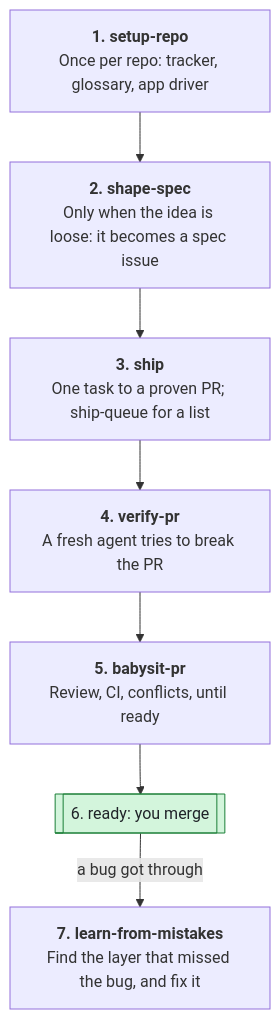
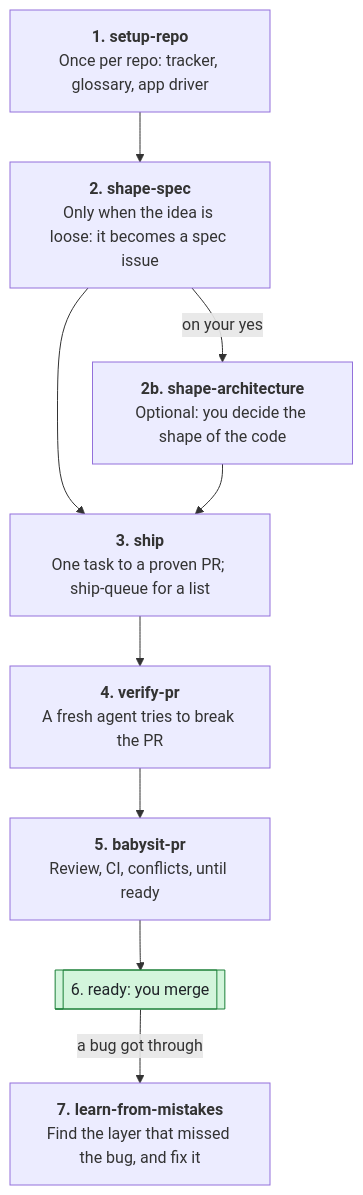
The first of 13 diagrams in skills/GRAPH.md (Ilian-Allaf/skillstack), drawn with Mermaid before and after one commit. The commit also changed other lines of this file and 38 other files, not shown here.

First line of the commit message:
Shape the architecture apart from the intent

````diff
--- a/skills/GRAPH.md
+++ b/skills/GRAPH.md
@@ -9,23 +9,26 @@
 ```mermaid
 flowchart TB
   setup["<b>1. setup-repo</b><br/>Once per repo: tracker, glossary, app driver"]
   shape["<b>2. shape-spec</b><br/>Only when the idea is loose: it becomes a spec issue"]
+  arch["<b>2b. shape-architecture</b><br/>Optional: you decide the shape of the code"]
   ship["<b>3. ship</b><br/>One task to a proven PR; ship-queue for a list"]
   verify["<b>4. verify-pr</b><br/>A fresh agent tries to break the PR"]
   babysit["<b>5. babysit-pr</b><br/>Review, CI, conflicts, until ready"]
   merge[["6. ready: you merge"]]
   learn["<b>7. learn-from-mistakes</b><br/>Find the layer that missed the bug, and fix it"]
 
   setup --> shape --> ship --> verify --> babysit --> merge
+  shape -->|on your yes| arch --> ship
   merge -->|a bug got through| learn
 
   classDef ready fill:#d3f5dc,stroke:#1a7f37,color:#1f2328
   class merge ready
 
   click setup href "https://github.com/Ilian-Allaf/skillstack/blob/master/skills/GRAPH.md#7-preparing-a-repo" _top
   click shape href "https://github.com/Ilian-Allaf/skillstack/blob/master/skills/GRAPH.md#8-shaping-a-spec" _top
+  click arch href "https://github.com/Ilian-Allaf/skillstack/blob/master/skills/GRAPH.md#8-shaping-a-spec" _top
   click ship href "https://github.com/Ilian-Allaf/skillstack/blob/master/skills/GRAPH.md#2-the-eight-steps" _top
   click verify href "https://github.com/Ilian-Allaf/skillstack/blob/master/skills/GRAPH.md#6-steps-7-and-8-verdict-and-babysitting" _top
   click babysit href "https://github.com/Ilian-Allaf/skillstack/blob/master/skills/GRAPH.md#6-steps-7-and-8-verdict-and-babysitting" _top
   click learn href "https://github.com/Ilian-Allaf/skillstack/blob/master/skills/GRAPH.md#12-learning-from-a-mistake" _top
 ```
````
